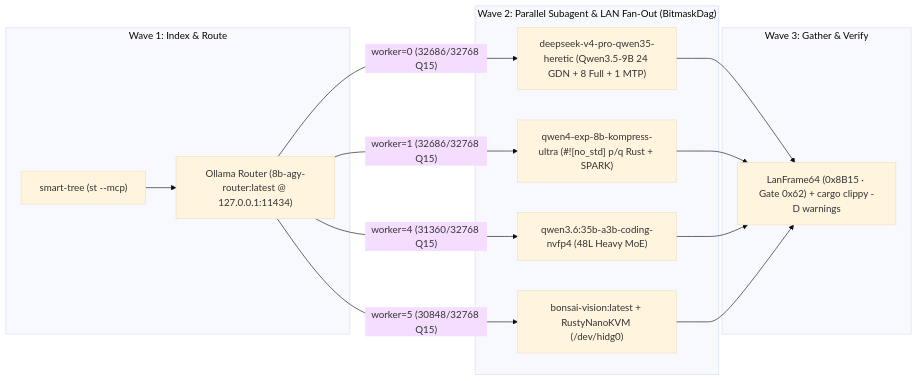
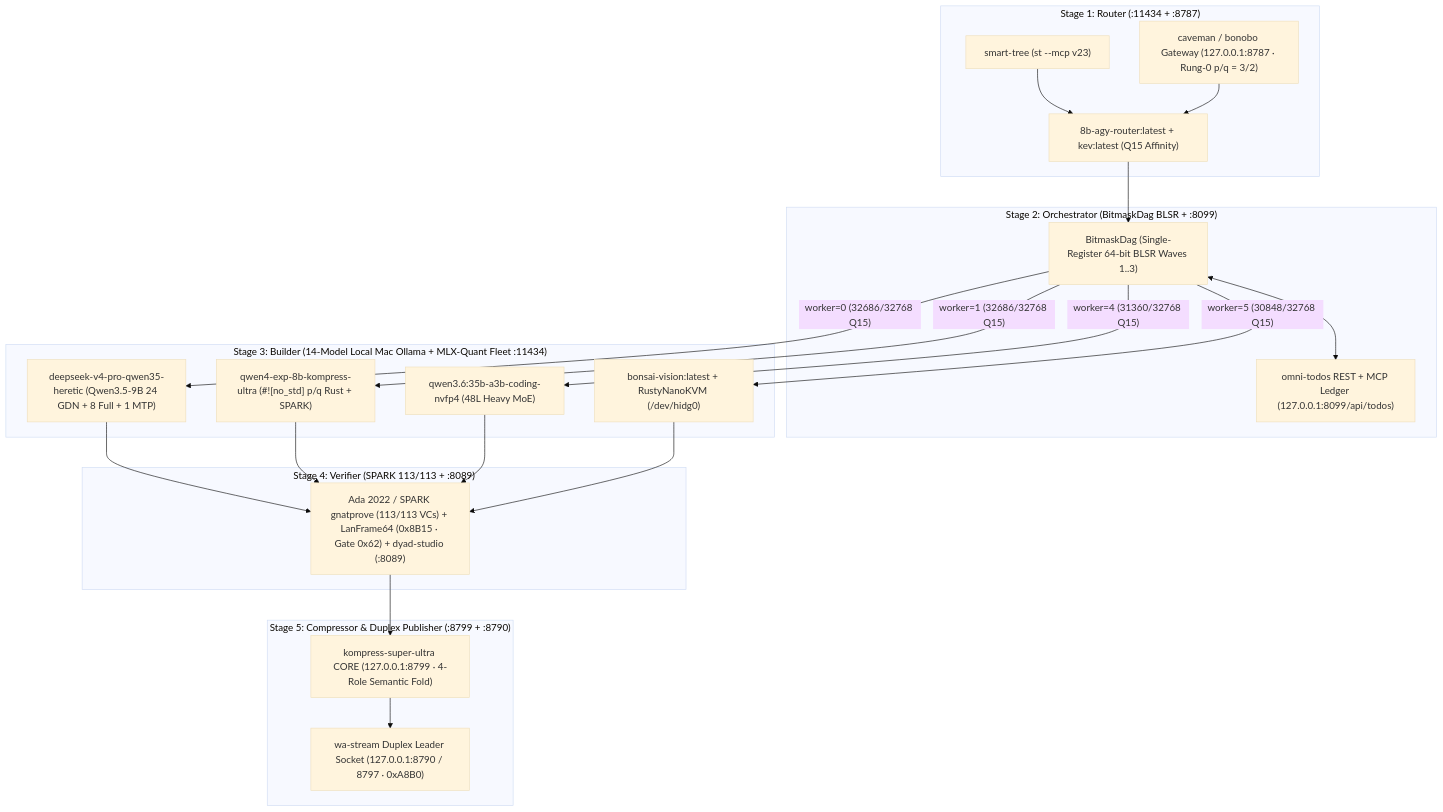
One commit to 8b-is/eightb-agy-fanout changed the diagram in README.md. Above: the diagram before and after it, drawn with Mermaid (base theme). The commit also changed other lines of this file and 4 other files, not shown here.

Commit message:
feat(robvc): release 8b-agy v0.3.0 with 5-stage Router-Orchestrator-Builder-Verifier-Compressor (ROBV-C) architecture + 6-node Sovereign Cluster probe

````diff
--- a/README.md
+++ b/README.md
@@ -14,18 +15,27 @@
 ```mermaid
-flowchart LR
-    subgraph Wave1["Wave 1: Index & Route"]
-        ST["smart-tree (st --mcp)"] --> ROUTER["Ollama Router (8b-agy-router:latest @ 127.0.0.1:11434)"]
+flowchart TB
+    subgraph S1["Stage 1: Router (:11434 + :8787)"]
+        ST["smart-tree (st --mcp v23)"] --> ROUTER["8b-agy-router:latest + kev:latest (Q15 Affinity)"]
+        BONOBO["caveman / bonobo Gateway (127.0.0.1:8787 · Rung-0 p/q = 3/2)"] --> ROUTER
     end
-    subgraph Wave2["Wave 2: Parallel Subagent & LAN Fan-Out (BitmaskDag)"]
-        ROUTER -->|"worker=0 (32686/32768 Q15)"| HERETIC["deepseek-v4-pro-qwen35-heretic (Qwen3.5-9B 24 GDN + 8 Full + 1 MTP)"]
-        ROUTER -->|"worker=1 (32686/32768 Q15)"| QWEN4["qwen4-exp-8b-kompress-ultra (#![no_std] p/q Rust + SPARK)"]
-        ROUTER -->|"worker=4 (31360/32768 Q15)"| MOE["qwen3.6:35b-a3b-coding-nvfp4 (48L Heavy MoE)"]
-        ROUTER -->|"worker=5 (30848/32768 Q15)"| KVM["bonsai-vision:latest + RustyNanoKVM (/dev/hidg0)"]
+    subgraph S2["Stage 2: Orchestrator (BitmaskDag BLSR + :8099)"]
+        ROUTER --> DAG["BitmaskDag (Single-Register 64-bit BLSR Waves 1..3)"]
+        DAG <--> TODOS["omni-todos REST + MCP Ledger (127.0.0.1:8099/api/todos)"]
     end
-    subgraph Wave3["Wave 3: Gather & Verify"]
-        HERETIC --> CONV["LanFrame64 (0x8B15 · Gate 0x62) + cargo clippy -D warnings"]
-        QWEN4 --> CONV
-        MOE --> CONV
-        KVM --> CONV
+    subgraph S3["Stage 3: Builder (14-Model Local Mac Ollama + MLX-Quant Fleet :11434)"]
+        DAG -->|"worker=0 (32686/32768 Q15)"| HERETIC["deepseek-v4-pro-qwen35-heretic (Qwen3.5-9B 24 GDN + 8 Full + 1 MTP)"]
+        DAG -->|"worker=1 (32686/32768 Q15)"| QWEN4["qwen4-exp-8b-kompress-ultra (#![no_std] p/q Rust + SPARK)"]
+        DAG -->|"worker=4 (31360/32768 Q15)"| MOE["qwen3.6:35b-a3b-coding-nvfp4 (48L Heavy MoE)"]
+        DAG -->|"worker=5 (30848/32768 Q15)"| KVM["bonsai-vision:latest + RustyNanoKVM (/dev/hidg0)"]
+    end
+    subgraph S4["Stage 4: Verifier (SPARK 113/113 + :8089)"]
+        HERETIC --> VERIFY["Ada 2022 / SPARK gnatprove (113/113 VCs) + LanFrame64 (0x8B15 · Gate 0x62) + dyad-studio (:8089)"]
+        QWEN4 --> VERIFY
+        MOE --> VERIFY
+        KVM --> VERIFY
+    end
+    subgraph S5["Stage 5: Compressor & Duplex Publisher (:8799 + :8790)"]
+        VERIFY --> KOMPRESS["kompress-super-ultra CORE (127.0.0.1:8799 · 4-Role Semantic Fold)"]
+        KOMPRESS --> WA["wa-stream Duplex Leader Socket (127.0.0.1:8790 / 8797 · 0xA8B0)"]
     end
 ```
````
